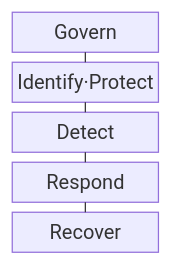
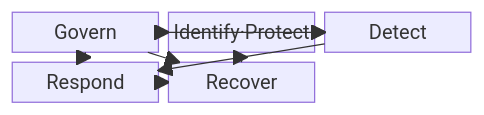
One commit to agnusdei1207/knowledge-base changed the first of 2 diagrams in src/content/docs/notes/05-security/111_nist_csf.md. Above: the diagram before and after it, drawn with Mermaid. The commit also changed other lines of this file and 20 other files, not shown here.

````diff
--- a/src/content/docs/notes/05-security/111_nist_csf.md
+++ b/src/content/docs/notes/05-security/111_nist_csf.md
@@ -51,13 +51,17 @@
 ```mermaid
-block-beta
-  columns 1
+block
+  columns 3
   G["Govern"]
   IP["Identify·Protect"]
   D["Detect"]
   RS["Respond"]
   RC["Recover"]
-  G --- IP
-  IP --- D
-  D --- RS
-  RS --- RC
+  G --> IP
+  G --> D
+  G --> RS
+  G --> RC
+  IP --> D
+  D --> RS
+  RS --> RC
+  RC --> IP
 ```
````
